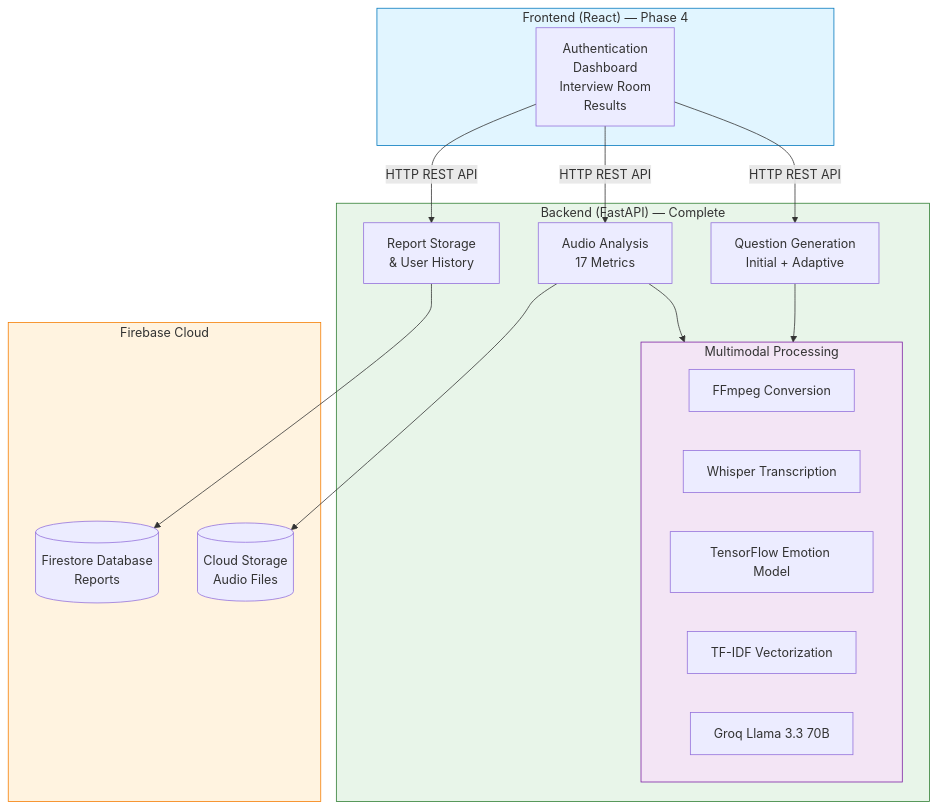
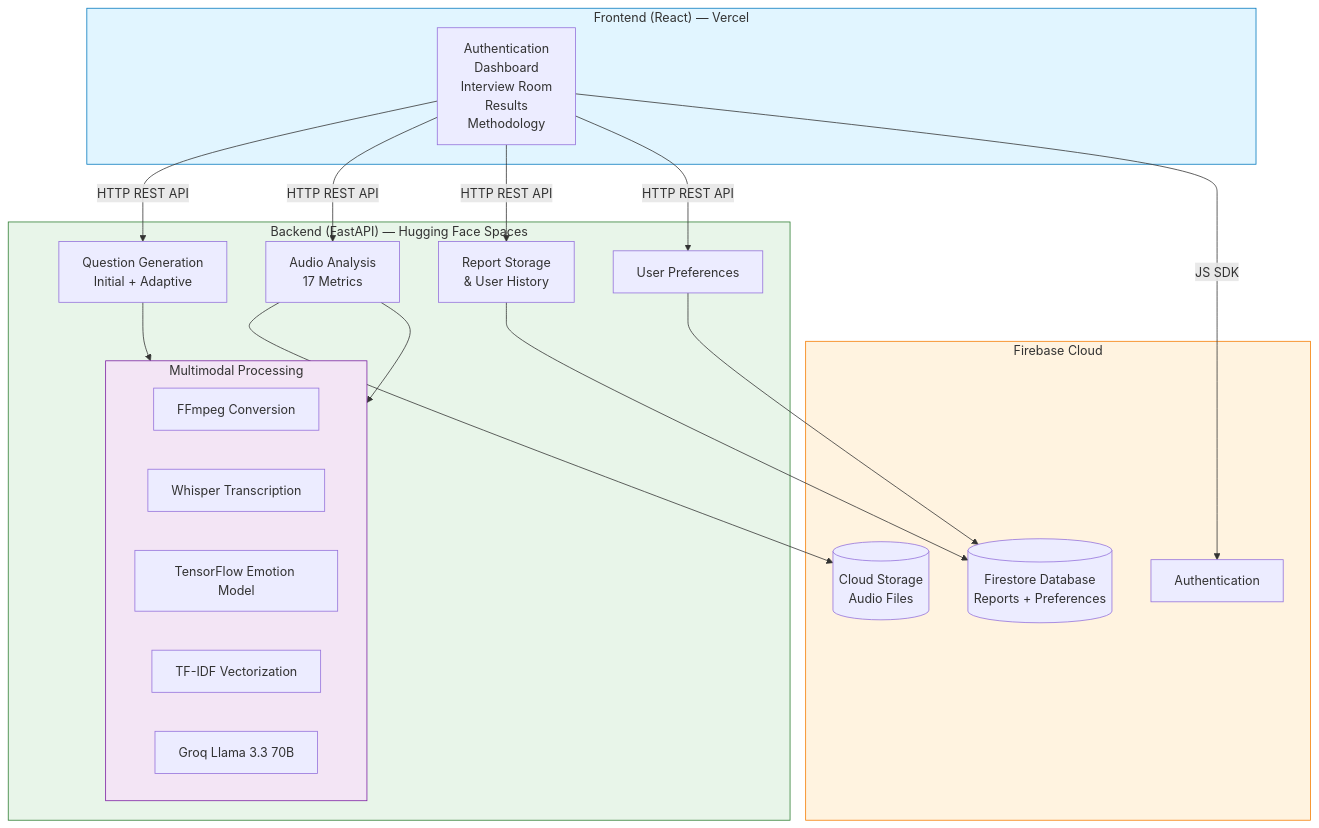
The first of 2 diagrams in README.md (kaveenjay/IntWiz.3.0), drawn with Mermaid before and after one commit. The commit also changed other lines of this file and 2 other files, not shown here.

````diff
--- a/README.md
+++ b/README.md
@@ -53,40 +59,45 @@
 ```mermaid
 graph TB
-    subgraph Frontend["Frontend (React) — Phase 4"]
-        UI[Authentication<br/>Dashboard<br/>Interview Room<br/>Results]
+    subgraph Frontend["Frontend (React) — Vercel"]
+        UI[Authentication<br/>Dashboard<br/>Interview Room<br/>Results<br/>Methodology]
     end
-    
-    subgraph Backend["Backend (FastAPI) — Complete"]
+
+    subgraph Backend["Backend (FastAPI) — Hugging Face Spaces"]
         QGen[Question Generation<br/>Initial + Adaptive]
         Audio[Audio Analysis<br/>17 Metrics]
         Reports[Report Storage<br/>& User History]
-        
+        Prefs[User Preferences]
+
         subgraph Processing["Multimodal Processing"]
             FFmpeg[FFmpeg Conversion]
             Whisper[Whisper Transcription]
             TF[TensorFlow Emotion Model]
             TFIDF[TF-IDF Vectorization]
             LLM[Groq Llama 3.3 70B]
         end
     end
-    
+
     subgraph Cloud["Firebase Cloud"]
-        FS[(Firestore Database<br/>Reports)]
+        Auth[Authentication]
+        FS[(Firestore Database<br/>Reports + Preferences)]
         CS[(Cloud Storage<br/>Audio Files)]
     end
-    
+
     UI -->|HTTP REST API| QGen
     UI -->|HTTP REST API| Audio
     UI -->|HTTP REST API| Reports
-    
+    UI -->|HTTP REST API| Prefs
+    UI -->|JS SDK| Auth
+
     QGen --> Processing
     Audio --> Processing
-    
+
     Reports --> FS
+    Prefs --> FS
     Audio --> CS
-    
+
     style Frontend fill:#e1f5ff,stroke:#0277bd
     style Backend fill:#e8f5e9,stroke:#2e7d32
     style Cloud fill:#fff3e0,stroke:#f57c00
     style Processing fill:#f3e5f5,stroke:#7b1fa2
 ```
````
